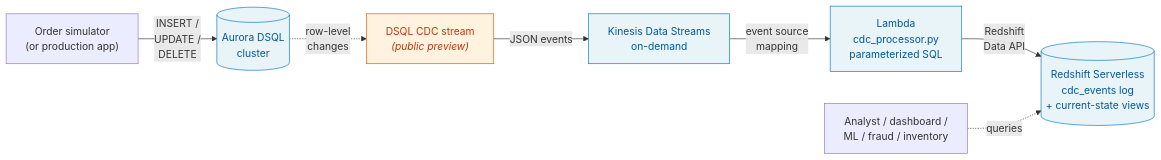
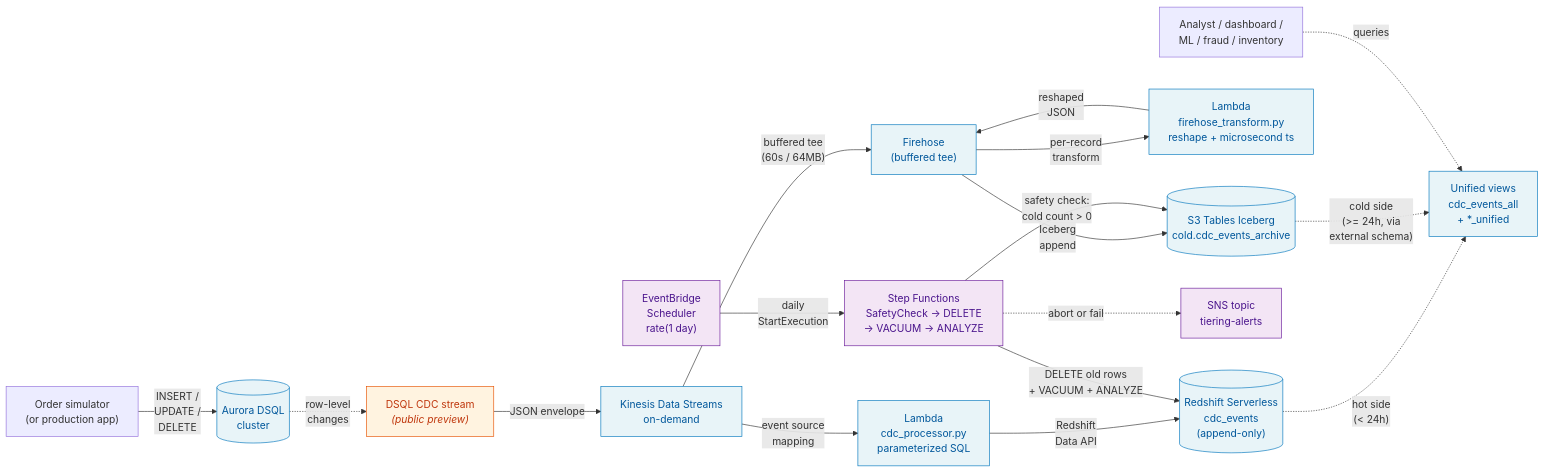
The diagram in README.md (jaingxyz/dsql-redshift-cdc-pipeline), drawn with Mermaid before and after one commit. The commit also changed other lines of this file, not shown here.

Commit message:
docs: update architecture diagram for Part 2
Replace the Part 1 hot-path-only mermaid with full Part 2 architecture: hot + cold (Firehose to S3 Tables Iceberg via transform Lambda) + unified views + tiering (EventBridge Scheduler -> Step Functions). Adds prose summary below the diagram.

````diff
--- a/README.md
+++ b/README.md
@@ -22,22 +22,50 @@
 ```mermaid
 flowchart LR
     APP["Order simulator<br/>(or production app)"]
     DSQL[("Aurora DSQL<br/>cluster")]
     CDC["DSQL CDC stream<br/><i>(public preview)</i>"]
     KS["Kinesis Data Streams<br/>on-demand"]
-    LAMBDA["Lambda<br/>cdc_processor.py<br/>parameterized SQL"]
-    RS[("Redshift Serverless<br/>cdc_events log<br/>+ current-state views")]
+
+    HOT["Lambda<br/>cdc_processor.py<br/>parameterized SQL"]
+    RS[("Redshift Serverless<br/>cdc_events<br/>(append-only)")]
+
+    FH["Firehose<br/>(buffered tee)"]
+    TFM["Lambda<br/>firehose_transform.py<br/>reshape + microsecond ts"]
+    ICE[("S3 Tables Iceberg<br/>cold.cdc_events_archive")]
+
+    UNI["Unified views<br/>cdc_events_all<br/>+ *_unified"]
+
+    SCHED["EventBridge<br/>Scheduler<br/>rate(1 day)"]
+    SFN["Step Functions<br/>SafetyCheck -&gt; DELETE<br/>-&gt; VACUUM -&gt; ANALYZE"]
+    SNS["SNS topic<br/>tiering-alerts"]
+
     USER["Analyst / dashboard /<br/>ML / fraud / inventory"]
 
     APP -->|"INSERT /<br/>UPDATE /<br/>DELETE"| DSQL
     DSQL -.->|"row-level<br/>changes"| CDC
-    CDC -->|"JSON events"| KS
-    KS -->|"event source<br/>mapping"| LAMBDA
-    LAMBDA -->|"Redshift<br/>Data API"| RS
-    USER -.->|"queries"| RS
+    CDC -->|"JSON envelope"| KS
+
+    KS -->|"event source<br/>mapping"| HOT
+    HOT -->|"Redshift<br/>Data API"| RS
+
+    KS -->|"buffered tee<br/>(60s / 64MB)"| FH
+    FH -->|"per-record<br/>transform"| TFM
+    TFM -->|"reshaped<br/>JSON"| FH
+    FH -->|"Iceberg<br/>append"| ICE
+
+    RS -.->|"hot side<br/>(< 24h)"| UNI
+    ICE -.->|"cold side<br/>(>= 24h, via<br/>external schema)"| UNI
+    USER -.->|"queries"| UNI
+
+    SCHED -->|"daily<br/>StartExecution"| SFN
+    SFN -->|"safety check:<br/>cold count > 0"| ICE
+    SFN -->|"DELETE old rows<br/>+ VACUUM + ANALYZE"| RS
+    SFN -.->|"abort or fail"| SNS
 
     classDef serverless fill:#e8f4f8,stroke:#0277bd,color:#01579b
     classDef preview fill:#fff3e0,stroke:#e65100,color:#bf360c
-    class DSQL,KS,LAMBDA,RS serverless
+    classDef tiering fill:#f3e5f5,stroke:#6a1b9a,color:#4a148c
+    class DSQL,KS,HOT,RS,FH,TFM,ICE,UNI serverless
     class CDC preview
+    class SCHED,SFN,SNS tiering
 ```
````
